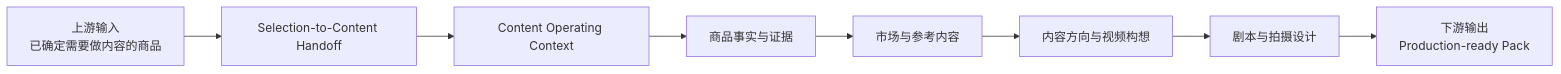
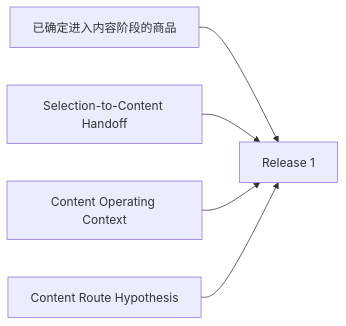
One commit to SONG-36/TK_Video_Intelligence_Workbench changed the second of 7 diagrams in 00_MASTER_DESIGN.md. Above: the diagram before and after it, drawn with Mermaid. The commit also changed other lines of this file and 8 other files, not shown here.

````diff
--- a/00_MASTER_DESIGN.md
+++ b/00_MASTER_DESIGN.md
@@ -84,13 +91,13 @@
 ```mermaid
 flowchart LR
-    U[上游输入<br/>已确定需要做内容的商品]
+    P[已确定进入内容阶段的商品]
     H[Selection-to-Content Handoff]
-    COC[Content Operating Context]
-    A[商品事实与证据]
-    B[市场与参考内容]
-    C[内容方向与视频构想]
-    D[剧本与拍摄设计]
-    O[下游输出<br/>Production-ready Pack]
+    C[Content Operating Context]
+    R[Content Route Hypothesis]
+    R1[Release 1]
 
-    U --> H --> COC --> A --> B --> C --> D --> O
+    P --> R1
+    H --> R1
+    C --> R1
+    R --> R1
 ```
````
